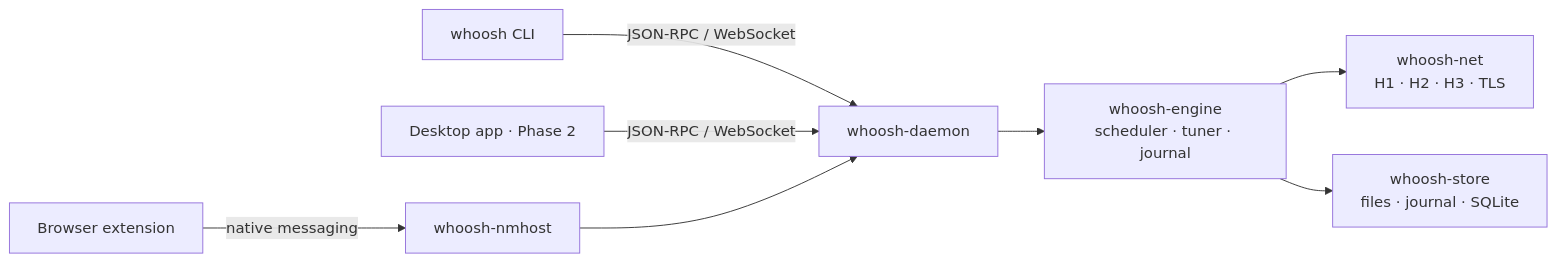
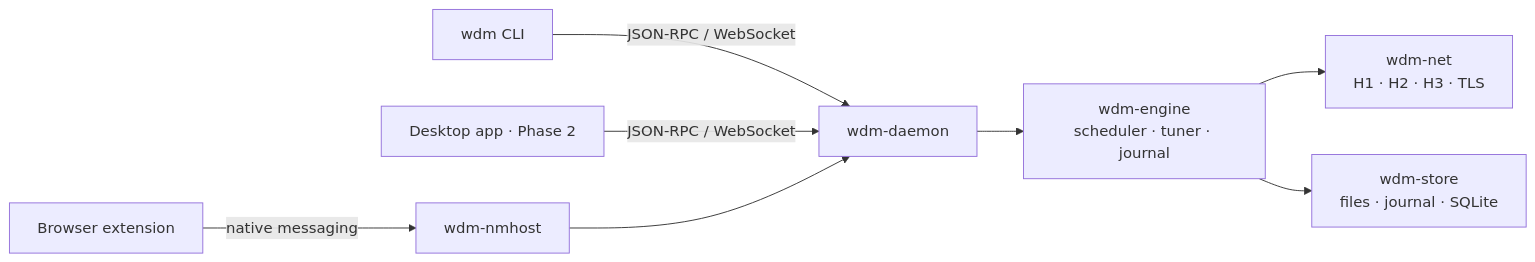
The diagram in README.md (coderzonebd/whoosh-download-manager), drawn with Mermaid before and after one commit. The commit also changed other lines of this file and 366 other files, not shown here.

First line of the commit message:
Rename internal names from whoosh to wdm

````diff
--- a/README.md
+++ b/README.md
@@ -85,10 +85,10 @@
 ```mermaid
 flowchart LR
-  ext[Browser extension] -- native messaging --> nm[whoosh-nmhost]
-  cli[whoosh CLI] -- JSON-RPC / WebSocket --> d
+  ext[Browser extension] -- native messaging --> nm[wdm-nmhost]
+  cli[wdm CLI] -- JSON-RPC / WebSocket --> d
   ui[Desktop app · Phase 2] -- JSON-RPC / WebSocket --> d
-  nm --> d[whoosh-daemon]
-  d --> e[whoosh-engine<br/>scheduler · tuner · journal]
-  e --> n[whoosh-net<br/>H1 · H2 · H3 · TLS]
-  e --> s[whoosh-store<br/>files · journal · SQLite]
+  nm --> d[wdm-daemon]
+  d --> e[wdm-engine<br/>scheduler · tuner · journal]
+  e --> n[wdm-net<br/>H1 · H2 · H3 · TLS]
+  e --> s[wdm-store<br/>files · journal · SQLite]
 ```
````
